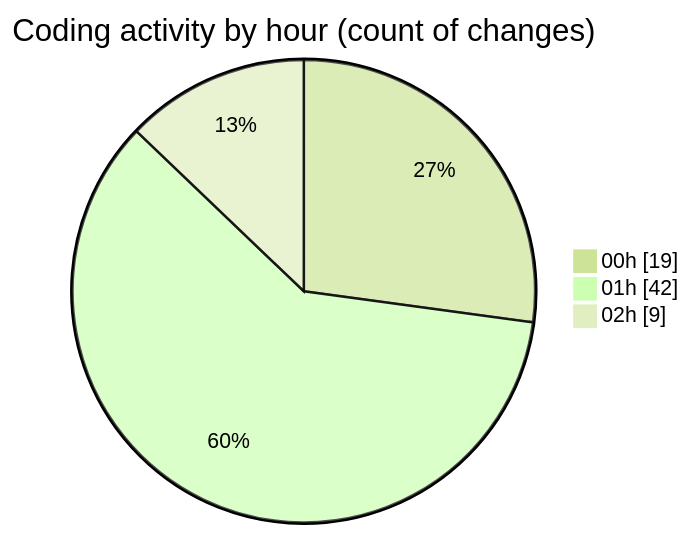
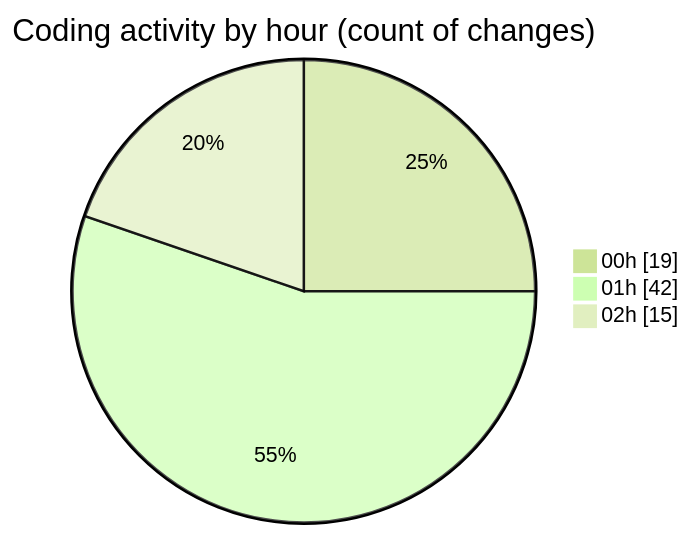
Before and after one commit to momahboobian/code-tracking: the second of 2 diagrams in 2025-02-23/pdf-analysis-app/README.md, drawn with Mermaid (forest theme). The commit also changed other lines of this file and 1 other file, not shown here.

````diff
--- a/2025-02-23/pdf-analysis-app/README.md
+++ b/2025-02-23/pdf-analysis-app/README.md
@@ -43,7 +44,7 @@
 ```mermaid
 pie showData
 title Coding activity by hour (count of changes)
 "00h" : 19
 "01h" : 42
-"02h" : 9
+"02h" : 15
 ```
````
